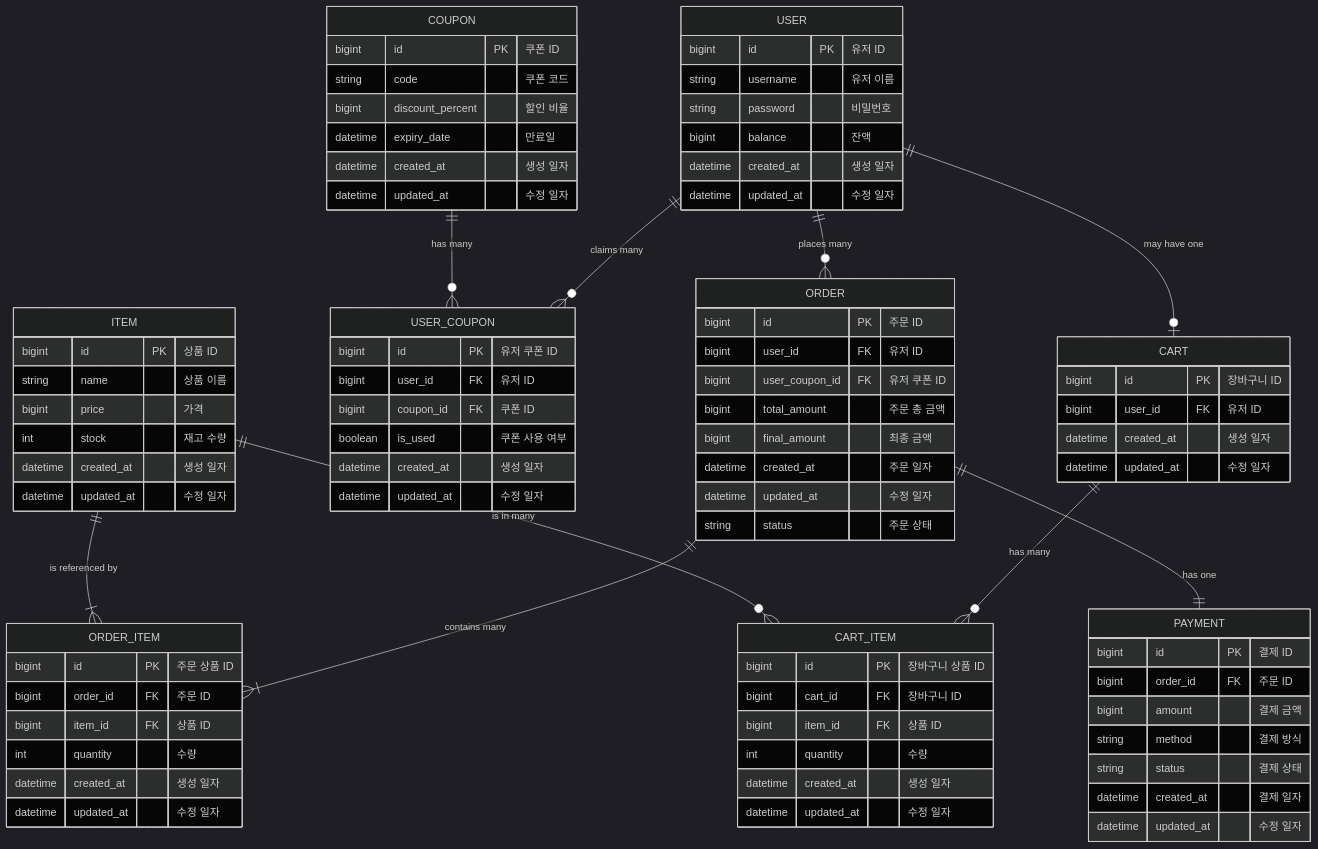
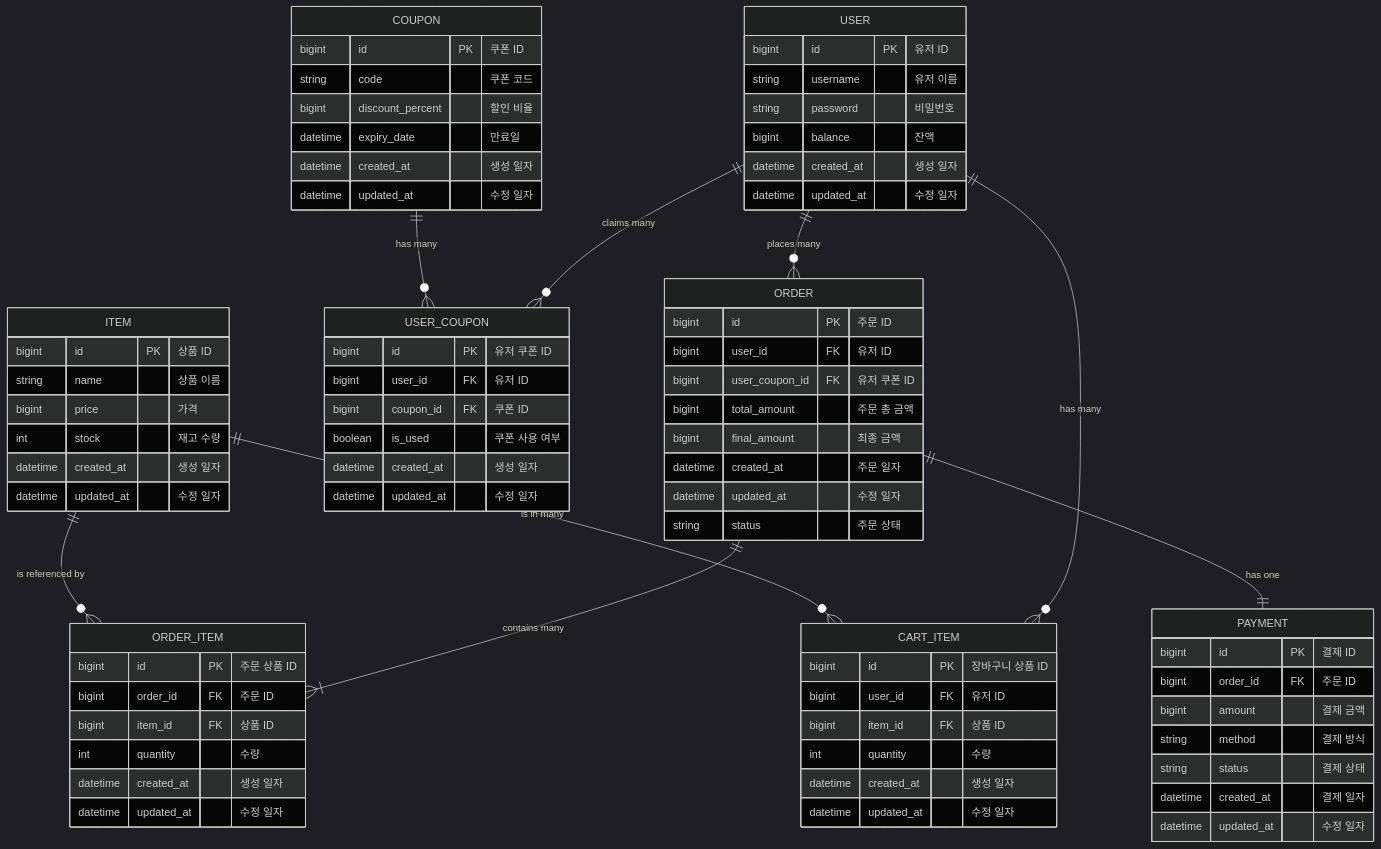
One commit to jane1721/e-commerce changed the diagram in docs/erd.md. Above: the diagram before and after it, drawn with Mermaid (dark theme). The commit also changed other lines of this file and 4 other files, not shown here.

````diff
--- a/docs/erd.md
+++ b/docs/erd.md
@@ -70,16 +70,9 @@
         datetime updated_at "수정 일자"
     }
 
-    CART {
-        bigint id PK "장바구니 ID"
-        bigint user_id FK "유저 ID"
-        datetime created_at "생성 일자"
-        datetime updated_at "수정 일자"
-    }
-
     CART_ITEM {
         bigint id PK "장바구니 상품 ID"
-        bigint cart_id FK "장바구니 ID"
+        bigint user_id FK "유저 ID"
         bigint item_id FK "상품 ID"
         int quantity "수량"
         datetime created_at "생성 일자"
@@ -88,11 +81,10 @@
 
     USER ||--o{ ORDER : "places many"
     ORDER ||--|{ ORDER_ITEM : "contains many"
-    ITEM ||--|{ ORDER_ITEM : "is referenced by"
+    ITEM ||--o{ ORDER_ITEM : "is referenced by"
     USER ||--o{ USER_COUPON : "claims many"
     COUPON ||--o{ USER_COUPON : "has many"
-    USER ||--o| CART : "may have one"
-    CART ||--o{ CART_ITEM : "has many"
+    USER ||--o{ CART_ITEM : "has many"
     ITEM ||--o{ CART_ITEM : "is in many"
     ORDER ||--|| PAYMENT : "has one"
 ```
````
